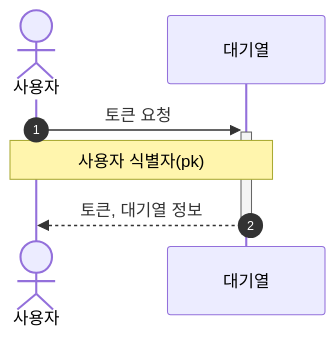
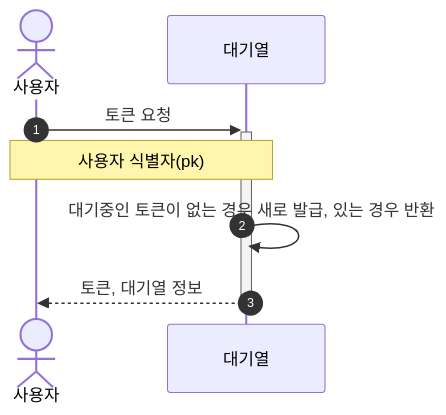
Before and after one commit to kdelay/Concert-Booking: the first of 7 diagrams in README.md, drawn with Mermaid. The commit also changed other lines of this file, not shown here.

Commit message:
docs: [#1] 대기열 검증 Active 토큰 요청 데이터 추가, 좌석 예약에 대한 상태 lock 걸기

````diff
--- a/README.md
+++ b/README.md
@@ -71,8 +71,9 @@
 ```mermaid
 sequenceDiagram
     autonumber
     actor 사용자
     사용자 ->>+ 대기열: 토큰 요청
     Note over 사용자, 대기열: 사용자 식별자(pk)
+    대기열 ->> 대기열: 대기중인 토큰이 없는 경우 새로 발급, 있는 경우 반환
     대기열 -->>- 사용자: 토큰, 대기열 정보
 ```
````
